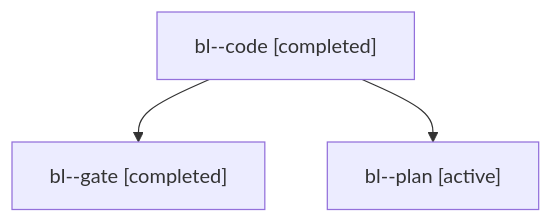
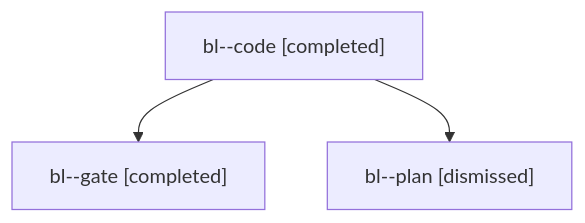
One commit to bobs-org/bob-cli--agents changed the diagram in sessions/bbugyi200.apollo.bl.md. Above: the diagram before and after it, drawn with Mermaid. The commit also changed other lines of this file and 24 other files, not shown here.

````diff
--- a/sessions/bbugyi200.apollo.bl.md
+++ b/sessions/bbugyi200.apollo.bl.md
@@ -9,8 +9,8 @@
 ```mermaid
 flowchart TD
   n0["bl--code [completed]"]
   n1["bl--gate [completed]"]
   n0 --> n1
-  n2["bl--plan [active]"]
+  n2["bl--plan [dismissed]"]
   n0 --> n2
 ```
````
